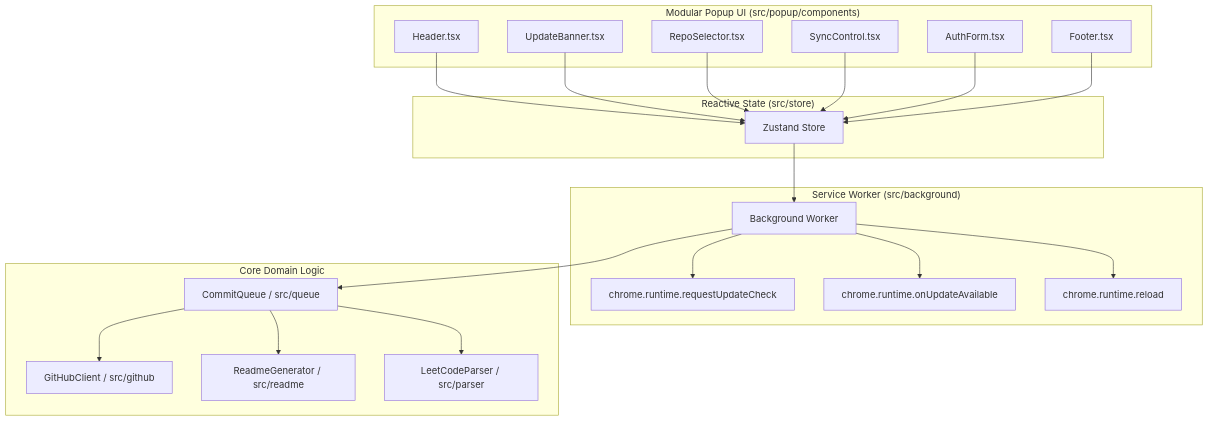
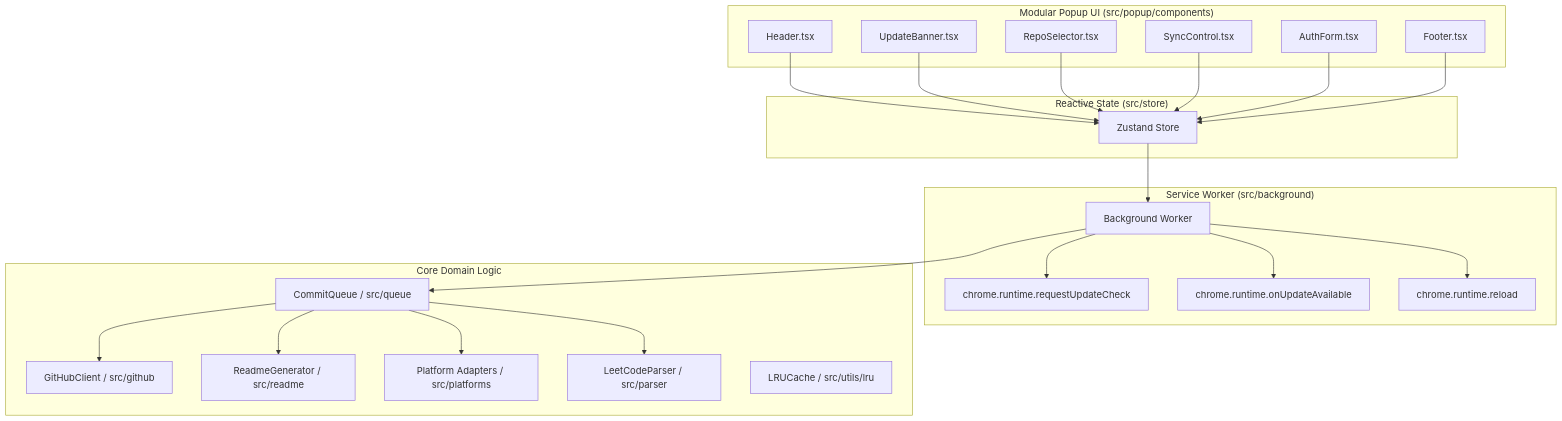
The diagram in context/03_SYSTEM_ARCHITECTURE.md (pardeep1916P/codeSync), drawn with Mermaid before and after one commit. The commit also changed other lines of this file and 31 other files, not shown here.

First line of the commit message:
feat: historical sync timestamps, multi-platform architecture, layout dropdown & notification toggle

````diff
--- a/context/03_SYSTEM_ARCHITECTURE.md
+++ b/context/03_SYSTEM_ARCHITECTURE.md
@@ -5,35 +5,37 @@
 ```mermaid
 flowchart TD
     subgraph UI ["Modular Popup UI (src/popup/components)"]
         HB[Header.tsx]
         UB[UpdateBanner.tsx]
         RC[RepoSelector.tsx]
         SC[SyncControl.tsx]
         AF[AuthForm.tsx]
         FT[Footer.tsx]
     end
 
     subgraph Store ["Reactive State (src/store)"]
         ZS[Zustand Store]
     end
 
     subgraph Background ["Service Worker (src/background)"]
         SW[Background Worker]
         UC[chrome.runtime.requestUpdateCheck]
         UA[chrome.runtime.onUpdateAvailable]
         RL[chrome.runtime.reload]
     end
 
     subgraph Domain ["Core Domain Logic"]
         CQ[CommitQueue / src/queue]
         GH[GitHubClient / src/github]
         RD[ReadmeGenerator / src/readme]
+        PL[Platform Adapters / src/platforms]
         PS[LeetCodeParser / src/parser]
+        LRU[LRUCache / src/utils/lru]
     end
 
     HB & UB & RC & SC & AF & FT --> ZS
     ZS --> SW
     SW --> UC & UA & RL
     SW --> CQ
-    CQ --> GH & RD & PS
+    CQ --> GH & RD & PL & PS
 ```
````
